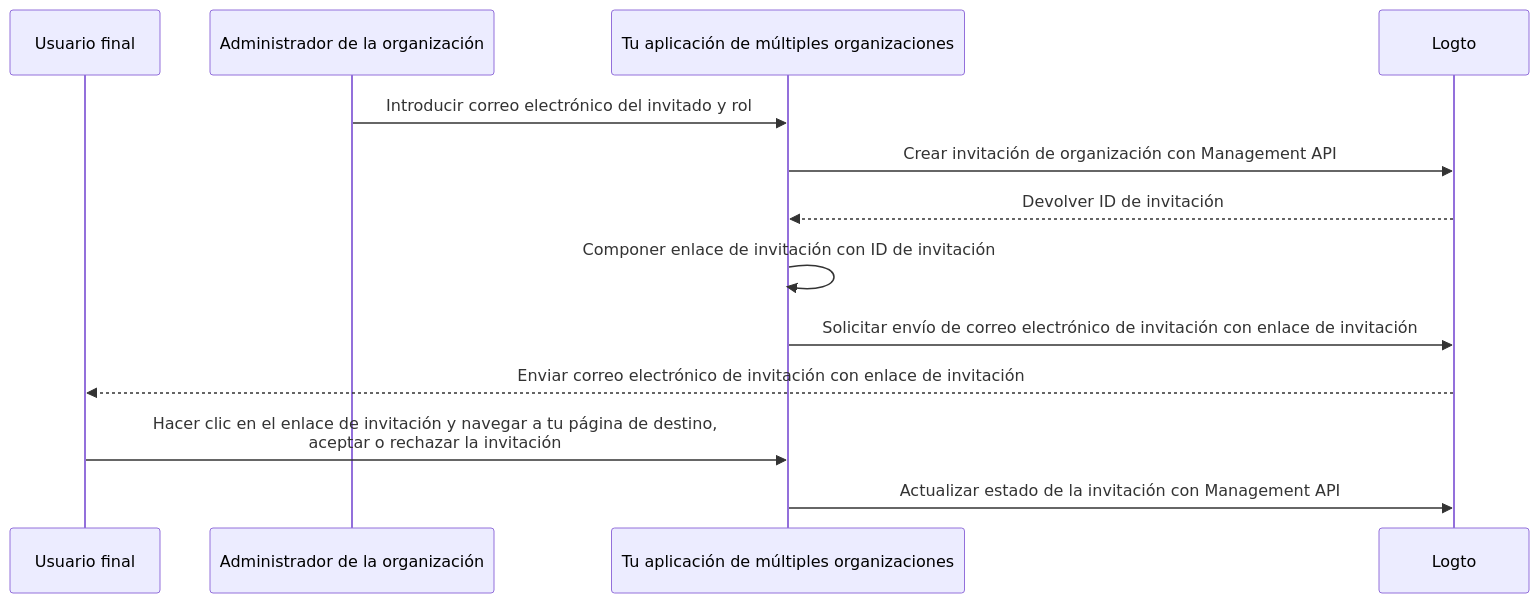
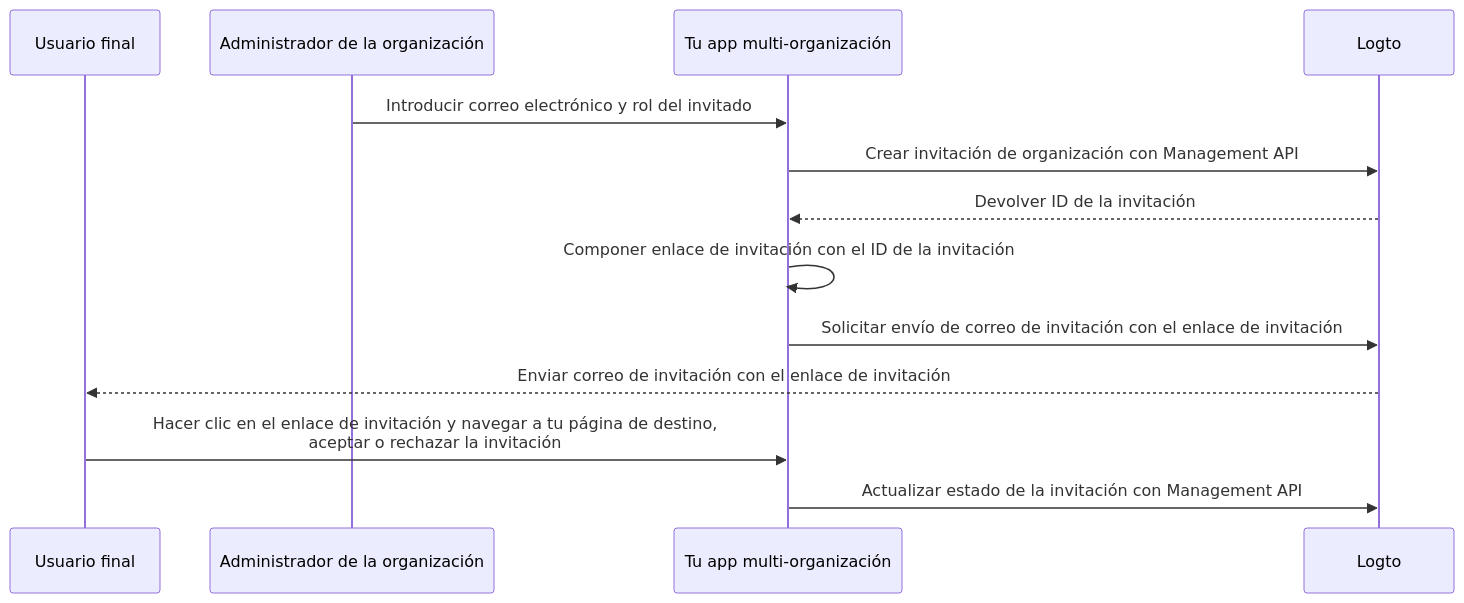
The diagram in i18n/es/docusaurus-plugin-content-docs/current/end-user-flows/organization-experience/invite-organization-members.mdx (logto-io/docs), drawn with Mermaid before and after one commit. The commit also changed other lines of this file and 357 other files, not shown here.

````diff
--- a/i18n/es/docusaurus-plugin-content-docs/current/end-user-flows/organization-experience/invite-organization-members.mdx
+++ b/i18n/es/docusaurus-plugin-content-docs/current/end-user-flows/organization-experience/invite-organization-members.mdx
@@ -13,16 +13,16 @@
 ```mermaid
 sequenceDiagram
 	Participant U as Usuario final
   Participant A as Administrador de la organización
-  Participant C as Tu aplicación de múltiples organizaciones
+  Participant C as Tu app multi-organización
 	Participant L as Logto
 
-  A ->> C: Introducir correo electrónico del invitado y rol
+  A ->> C: Introducir correo electrónico y rol del invitado
   C ->> L: Crear invitación de organización con Management API
-  L -->> C: Devolver ID de invitación
-  C ->> C: Componer enlace de invitación con ID de invitación
-  C ->> L: Solicitar envío de correo electrónico de invitación con enlace de invitación
-  L -->> U: Enviar correo electrónico de invitación con enlace de invitación
+  L -->> C: Devolver ID de la invitación
+  C ->> C: Componer enlace de invitación con el ID de la invitación
+  C ->> L: Solicitar envío de correo de invitación con el enlace de invitación
+  L -->> U: Enviar correo de invitación con el enlace de invitación
   U ->> C: Hacer clic en el enlace de invitación y navegar a tu página de destino,<br /> aceptar o rechazar la invitación
   C ->> L: Actualizar estado de la invitación con Management API
 ```
````
